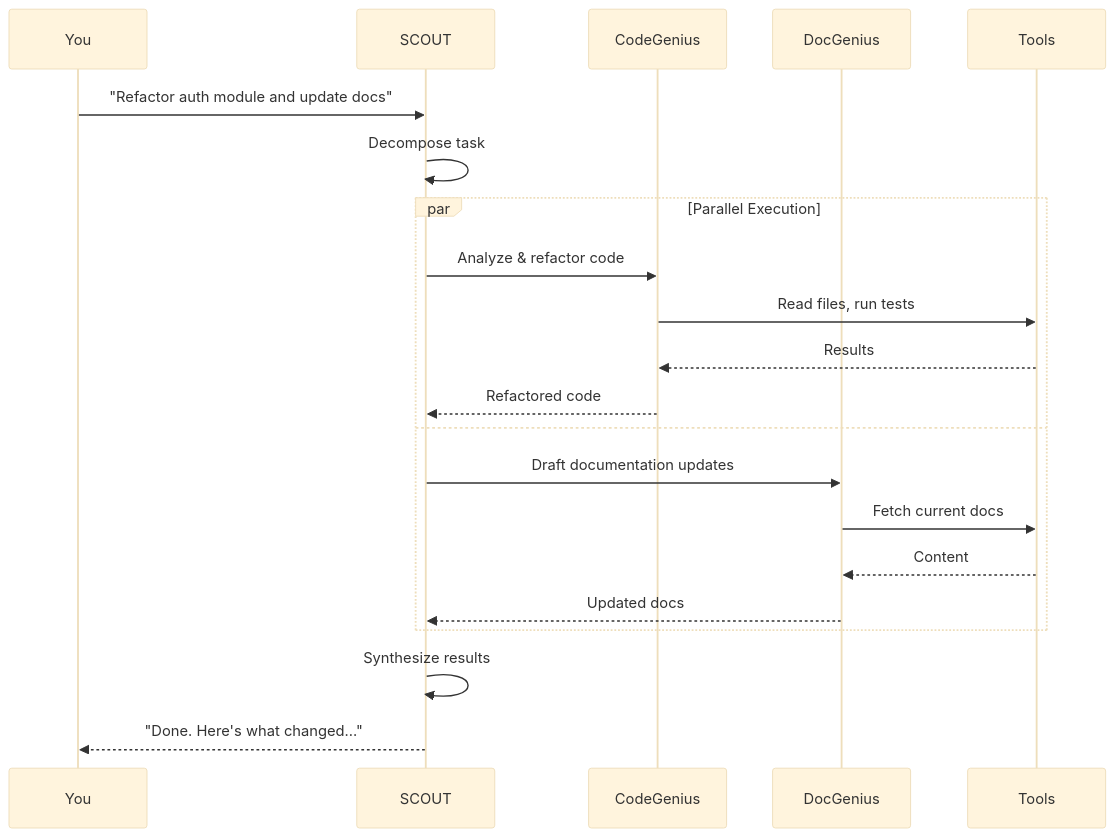
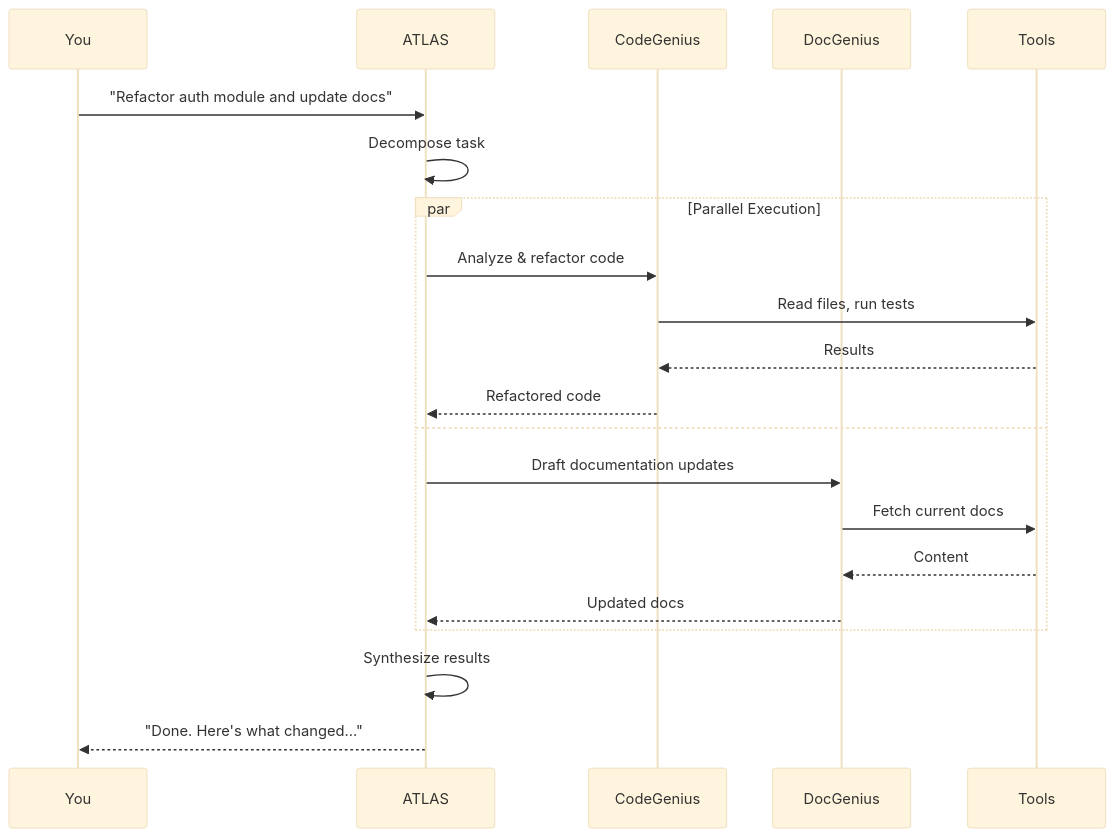
Before and after one commit to DigitalHallucinations/ATLAS: the fourth of 5 diagrams in README.md, drawn with Mermaid (base theme). The commit also changed other lines of this file and 48 other files, not shown here.

````diff
--- a/README.md
+++ b/README.md
@@ -221,26 +221,26 @@
 ```mermaid
 sequenceDiagram
     participant You
-    participant SCOUT
+    participant ATLAS
     participant CodeGenius
     participant DocGenius
     participant Tools
 
-    You->>SCOUT: "Refactor auth module and update docs"
-    SCOUT->>SCOUT: Decompose task
+    You->>ATLAS: "Refactor auth module and update docs"
+    ATLAS->>ATLAS: Decompose task
     
     par Parallel Execution
-        SCOUT->>CodeGenius: Analyze & refactor code
+        ATLAS->>CodeGenius: Analyze & refactor code
         CodeGenius->>Tools: Read files, run tests
         Tools-->>CodeGenius: Results
-        CodeGenius-->>SCOUT: Refactored code
+        CodeGenius-->>ATLAS: Refactored code
     and
-        SCOUT->>DocGenius: Draft documentation updates
+        ATLAS->>DocGenius: Draft documentation updates
         DocGenius->>Tools: Fetch current docs
         Tools-->>DocGenius: Content
-        DocGenius-->>SCOUT: Updated docs
+        DocGenius-->>ATLAS: Updated docs
     end
     
-    SCOUT->>SCOUT: Synthesize results
-    SCOUT-->>You: "Done. Here's what changed..."
+    ATLAS->>ATLAS: Synthesize results
+    ATLAS-->>You: "Done. Here's what changed..."
 ```
````
